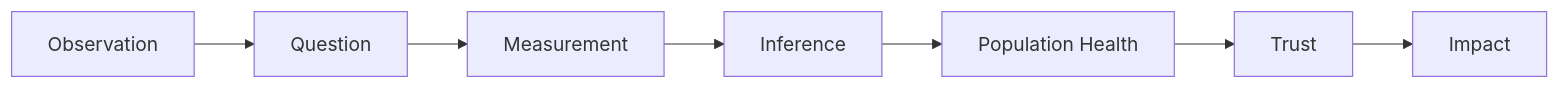
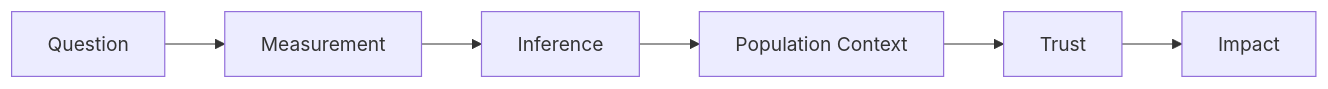
One commit to wellsa1-uthscsa/pert-field-guide changed the diagram in chapters/00_Introduction.md. Above: the diagram before and after it, drawn with Mermaid. The commit also changed other lines of this file and 4 other files, not shown here.

````diff
--- a/chapters/00_Introduction.md
+++ b/chapters/00_Introduction.md
@@ -152,10 +77,9 @@
 ```mermaid
 flowchart LR
-A[Observation]
---> B[Question]
---> C[Measurement]
---> D[Inference]
---> E[Population Health]
---> F[Trust]
---> G[Impact]
+A[Question]
+--> B[Measurement]
+--> C[Inference]
+--> D[Population Context]
+--> E[Trust]
+--> F[Impact]
 ```
````
